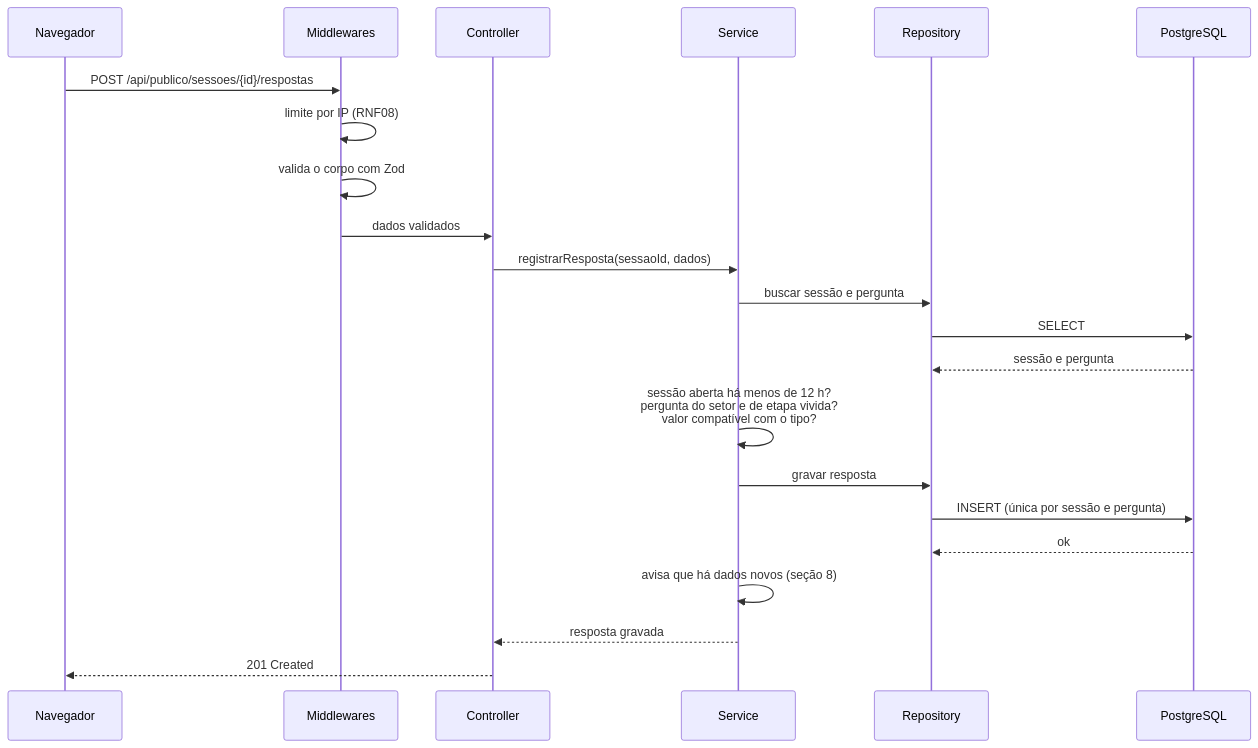
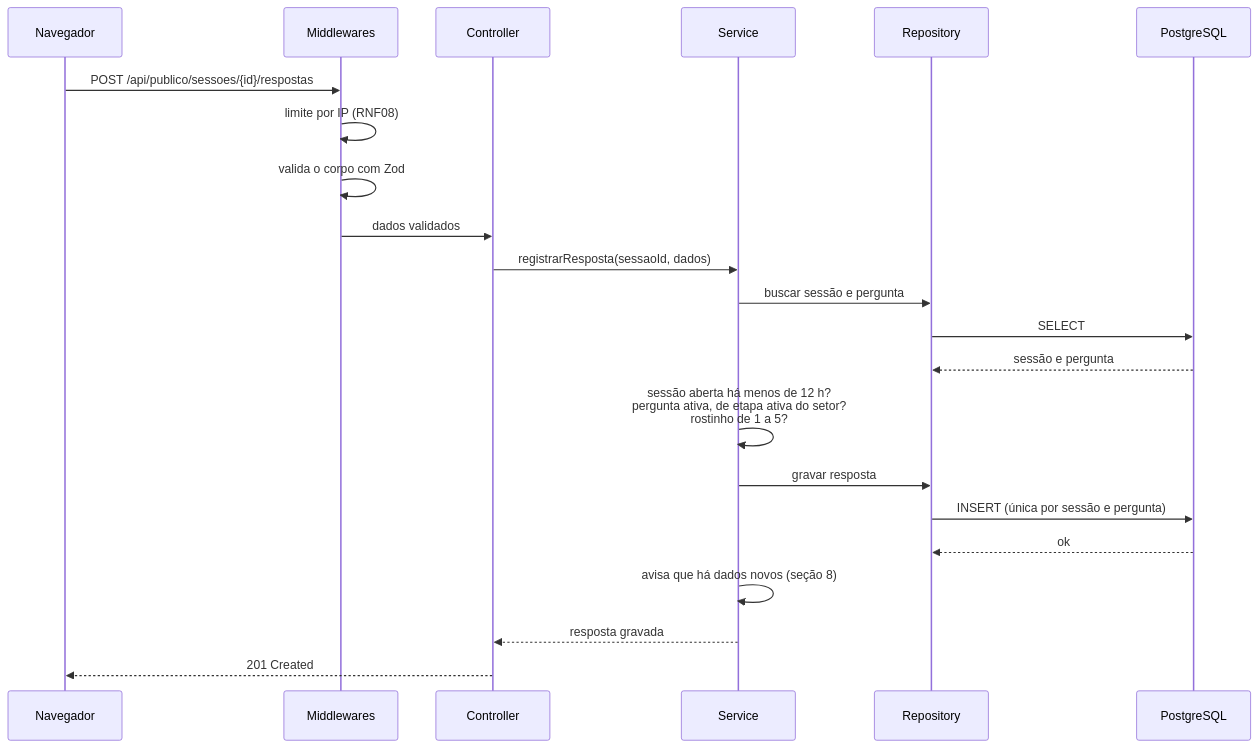
Before and after one commit to SaraCastilhos/Sistema-de-Pesquisa-de-Satisfacao: the third of 4 diagrams in docs/arquitetura-backend.md, drawn with Mermaid. The commit also changed other lines of this file and 7 other files, not shown here.

````diff
--- a/docs/arquitetura-backend.md
+++ b/docs/arquitetura-backend.md
@@ -210,25 +209,25 @@
 ```mermaid
 sequenceDiagram
     participant N as Navegador
     participant MW as Middlewares
     participant C as Controller
     participant S as Service
     participant R as Repository
     participant DB as PostgreSQL
 
     N->>MW: POST /api/publico/sessoes/{id}/respostas
     MW->>MW: limite por IP (RNF08)
     MW->>MW: valida o corpo com Zod
     MW->>C: dados validados
     C->>S: registrarResposta(sessaoId, dados)
     S->>R: buscar sessão e pergunta
     R->>DB: SELECT
     DB-->>R: sessão e pergunta
-    S->>S: sessão aberta há menos de 12 h?<br/>pergunta do setor e de etapa vivida?<br/>valor compatível com o tipo?
+    S->>S: sessão aberta há menos de 12 h?<br/>pergunta ativa, de etapa ativa do setor?<br/>rostinho de 1 a 5?
     S->>R: gravar resposta
     R->>DB: INSERT (única por sessão e pergunta)
     DB-->>R: ok
     S->>S: avisa que há dados novos (seção 8)
     S-->>C: resposta gravada
     C-->>N: 201 Created
 ```
````
